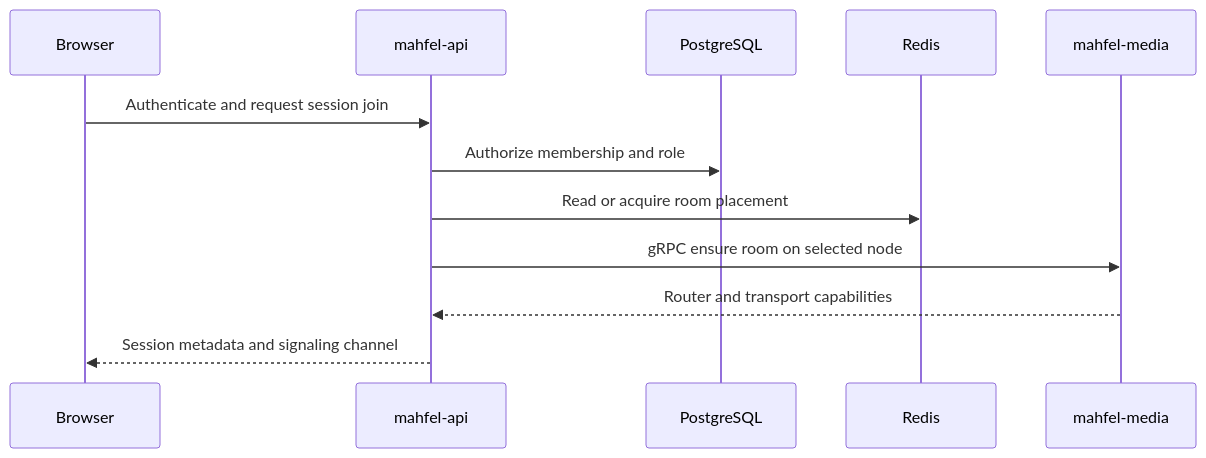
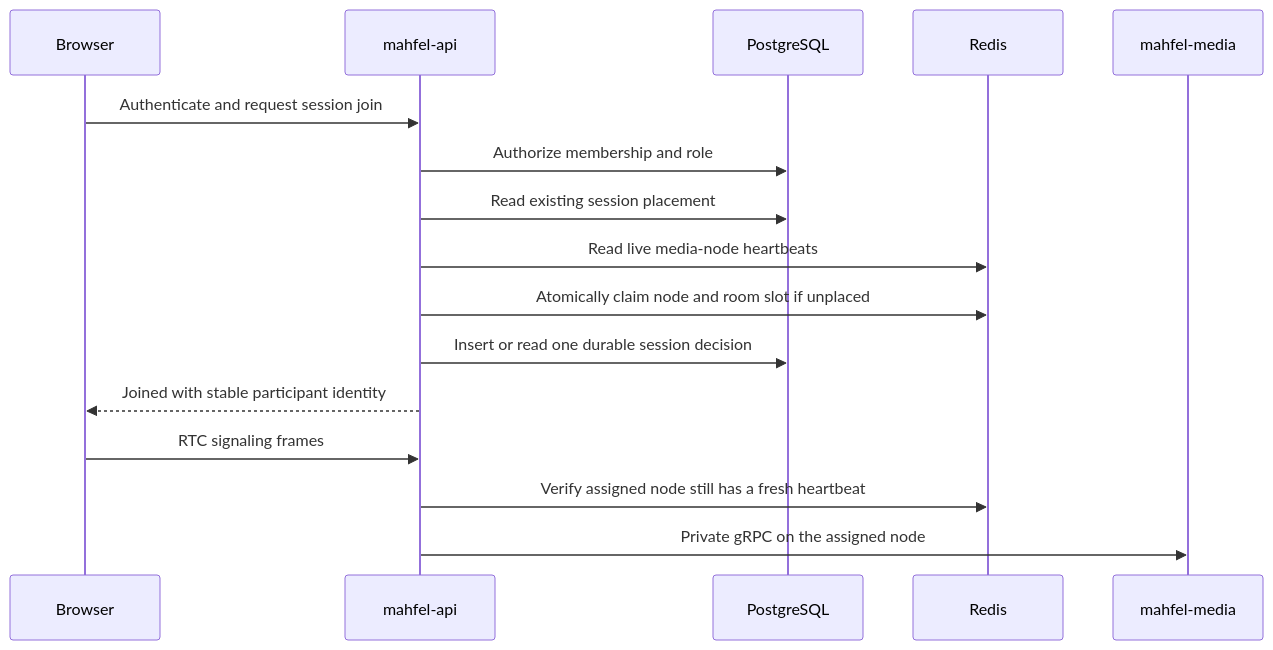
One commit to mhyrzt/mahfel changed the sixth of 11 diagrams in docs/architecture/data-flow.md. Above: the diagram before and after it, drawn with Mermaid. The commit also changed 43 other files, not shown here.

First line of the commit message:
feat(media): add sticky session placement

````diff
--- a/docs/architecture/data-flow.md
+++ b/docs/architecture/data-flow.md
@@ -146,14 +146,18 @@
 ```mermaid
 sequenceDiagram
   participant B as Browser
   participant A as mahfel-api
   participant P as PostgreSQL
   participant R as Redis
   participant M as mahfel-media
   B->>A: Authenticate and request session join
   A->>P: Authorize membership and role
-  A->>R: Read or acquire room placement
-  A->>M: gRPC ensure room on selected node
-  M-->>A: Router and transport capabilities
-  A-->>B: Session metadata and signaling channel
+  A->>P: Read existing session placement
+  A->>R: Read live media-node heartbeats
+  A->>R: Atomically claim node and room slot if unplaced
+  A->>P: Insert or read one durable session decision
+  A-->>B: Joined with stable participant identity
+  B->>A: RTC signaling frames
+  A->>R: Verify assigned node still has a fresh heartbeat
+  A->>M: Private gRPC on the assigned node
 ```
````
